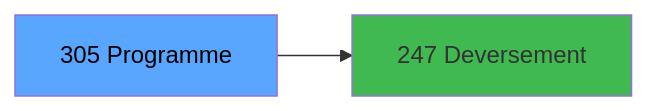
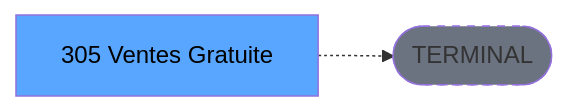
Before and after one commit to thonyAGP/lecteur-magic: the third of 3 diagrams in .openspec/specs/ADH-IDE-305.md, drawn with Mermaid. The commit also changed other lines of this file and 701 other files, not shown here.

````diff
--- a/.openspec/specs/ADH-IDE-305.md
+++ b/.openspec/specs/ADH-IDE-305.md
@@ -144,8 +153,8 @@
 ```mermaid
 graph LR
-    T[305 Programme]
-    C247[247 Deversement ]
-    T --> C247
+    T[305 Ventes Gratuite]
+    TERM([TERMINAL])
+    T -.-> TERM
+    style TERM fill:#6b7280,stroke-dasharray: 5 5
     style T fill:#58a6ff,color:#000
-    style C247 fill:#3fb950
 ```
````
